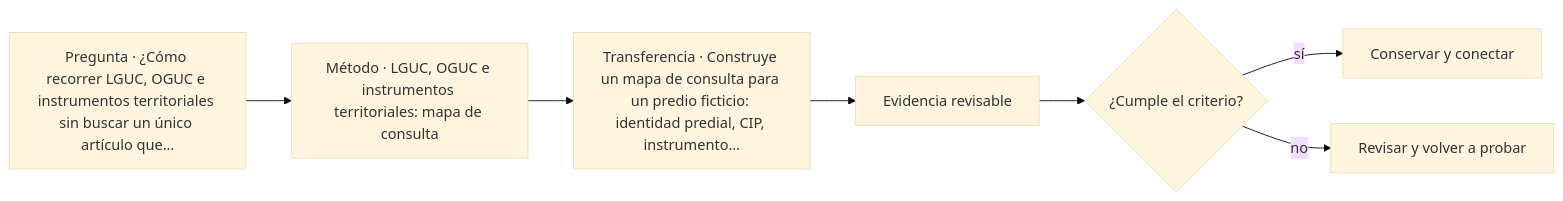
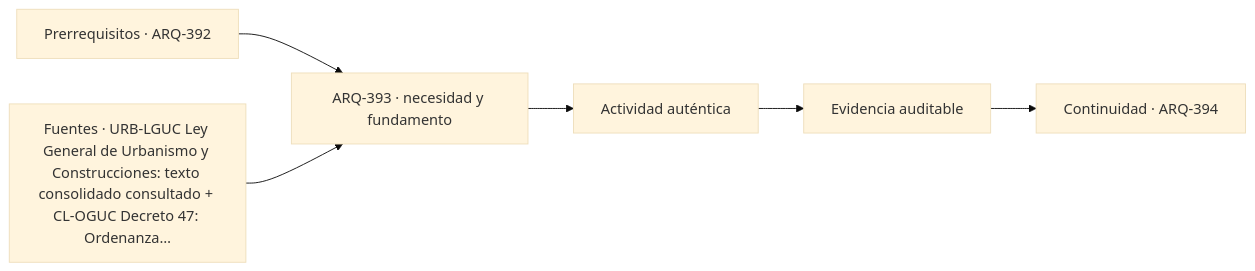
Before and after one commit to vladimiracunadev-create/architecture-built-environment-learning-program: the diagram in classes/parte-40/ARQ-393.md, drawn with Mermaid (base theme). The commit also changed other lines of this file and 761 other files, not shown here.

````diff
--- a/classes/parte-40/ARQ-393.md
+++ b/classes/parte-40/ARQ-393.md
@@ -91,9 +103,8 @@
 ```mermaid
 flowchart LR
-    Q["Pregunta · ¿Cómo recorrer LGUC, OGUC e instrumentos territoriales sin buscar un único artículo que…"] --> M["Método · LGUC, OGUC e instrumentos territoriales: mapa de consulta"]
-    M --> P["Transferencia · Construye un mapa de consulta para un predio ficticio: identidad predial, CIP, instrumento…"]
-    P --> E["Evidencia revisable"]
-    E --> C{"¿Cumple el criterio?"}
-    C -->|sí| T["Conservar y conectar"]
-    C -->|no| R["Revisar y volver a probar"]
+    A["Prerrequisitos · ARQ-392"] --> B["ARQ-393 · necesidad y fundamento"]
+    S["Fuentes · URB-LGUC Ley General de Urbanismo y Construcciones: texto consolidado consultado + CL-OGUC Decreto 47: Ordenanza…"] --> B
+    B --> C["Actividad auténtica"]
+    C --> D["Evidencia auditable"]
+    D --> E["Continuidad · ARQ-394"]
 ```
````
